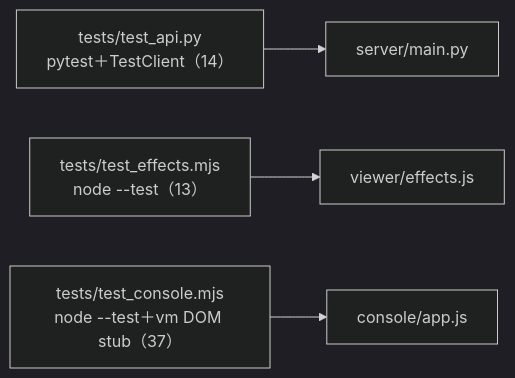
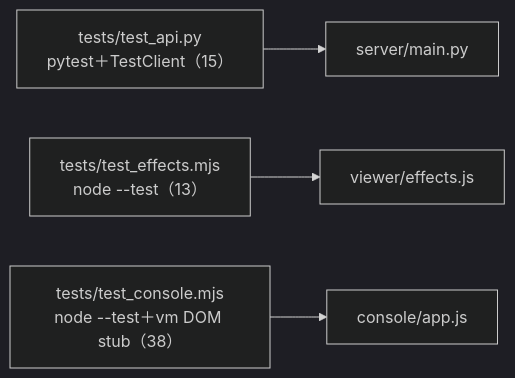
The sixth of 6 diagrams in docs/agents/CALL_GRAPH.md (zivngit/Real-time-Interaction-html), drawn with Mermaid (dark theme) before and after one commit. The commit also changed other lines of this file and 8 other files, not shown here.

````diff
--- a/docs/agents/CALL_GRAPH.md
+++ b/docs/agents/CALL_GRAPH.md
@@ -194,6 +195,6 @@
 ```mermaid
 flowchart LR
-    TA["tests/test_api.py<br/>pytest＋TestClient（14）"] --> M["server/main.py"]
+    TA["tests/test_api.py<br/>pytest＋TestClient（15）"] --> M["server/main.py"]
     TE["tests/test_effects.mjs<br/>node --test（13）"] --> S["viewer/effects.js"]
-    TC["tests/test_console.mjs<br/>node --test＋vm DOM stub（37）"] --> K["console/app.js"]
+    TC["tests/test_console.mjs<br/>node --test＋vm DOM stub（38）"] --> K["console/app.js"]
 ```
````
